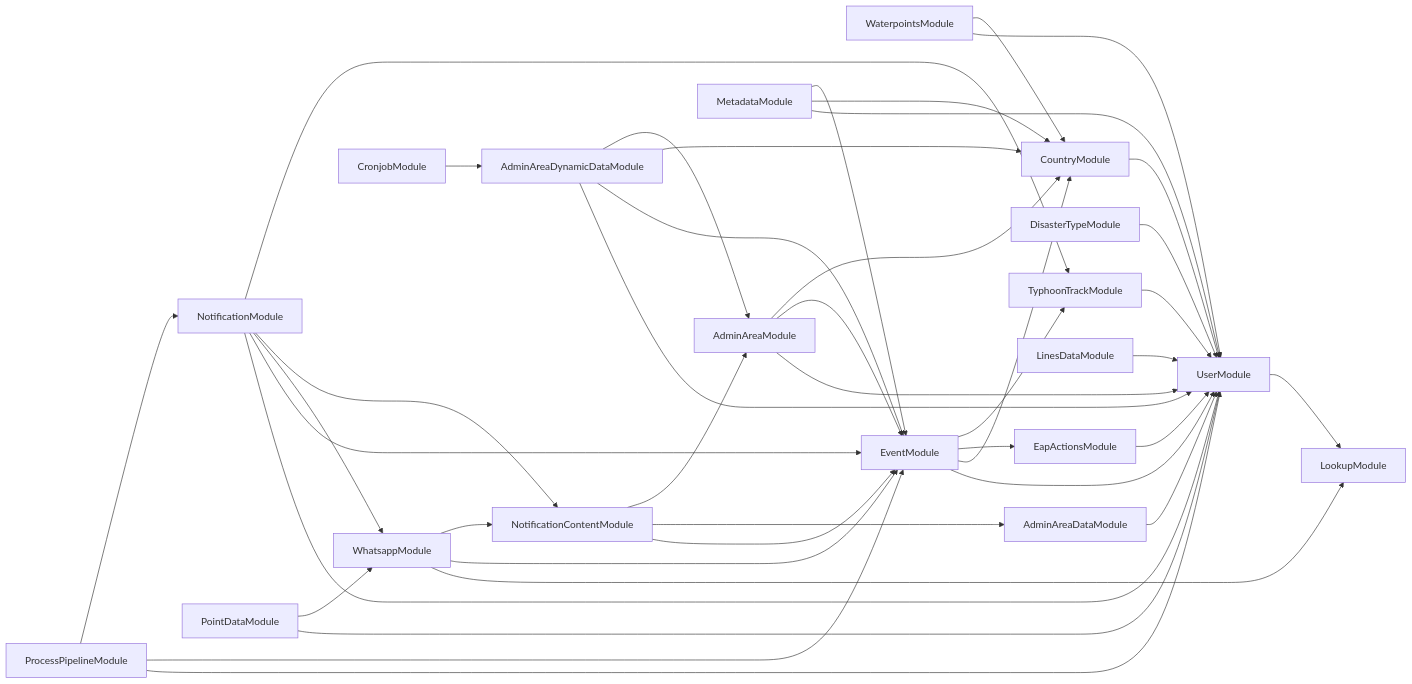
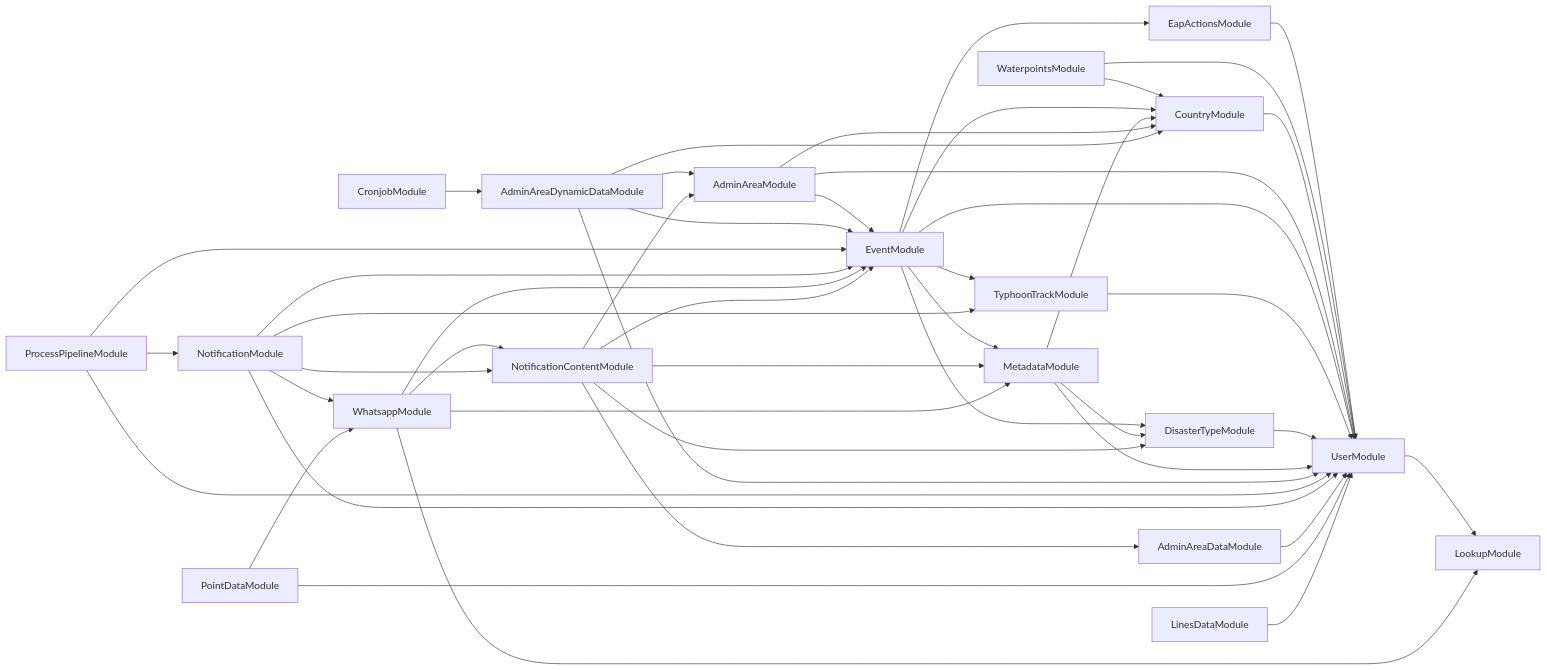
Before and after one commit to rodekruis/IBF-system: the diagram in services/API-service/module-dependencies.md, drawn with Mermaid. The commit also changed 10 other files, not shown here.

````diff
--- a/services/API-service/module-dependencies.md
+++ b/services/API-service/module-dependencies.md
@@ -3,43 +3,48 @@
 ```mermaid
 graph LR
   EapActionsModule-->UserModule
   UserModule-->LookupModule
   WaterpointsModule-->UserModule
   WaterpointsModule-->CountryModule
   CountryModule-->UserModule
   AdminAreaModule-->UserModule
   AdminAreaModule-->EventModule
   EventModule-->UserModule
   EventModule-->CountryModule
   EventModule-->EapActionsModule
   EventModule-->TyphoonTrackModule
   TyphoonTrackModule-->UserModule
+  EventModule-->DisasterTypeModule
+  DisasterTypeModule-->UserModule
+  EventModule-->MetadataModule
+  MetadataModule-->UserModule
+  MetadataModule-->CountryModule
+  MetadataModule-->DisasterTypeModule
   AdminAreaModule-->CountryModule
   AdminAreaDynamicDataModule-->UserModule
   AdminAreaDynamicDataModule-->EventModule
   AdminAreaDynamicDataModule-->CountryModule
   AdminAreaDynamicDataModule-->AdminAreaModule
-  DisasterTypeModule-->UserModule
   ProcessPipelineModule-->UserModule
   ProcessPipelineModule-->EventModule
   ProcessPipelineModule-->NotificationModule
   NotificationModule-->UserModule
   NotificationModule-->EventModule
   NotificationModule-->WhatsappModule
   WhatsappModule-->LookupModule
   WhatsappModule-->EventModule
   WhatsappModule-->NotificationContentModule
   NotificationContentModule-->EventModule
   NotificationContentModule-->AdminAreaDataModule
   AdminAreaDataModule-->UserModule
   NotificationContentModule-->AdminAreaModule
+  NotificationContentModule-->DisasterTypeModule
+  NotificationContentModule-->MetadataModule
+  WhatsappModule-->MetadataModule
   NotificationModule-->NotificationContentModule
   NotificationModule-->TyphoonTrackModule
-  MetadataModule-->UserModule
-  MetadataModule-->CountryModule
-  MetadataModule-->EventModule
   PointDataModule-->UserModule
   PointDataModule-->WhatsappModule
   LinesDataModule-->UserModule
   CronjobModule-->AdminAreaDynamicDataModule
 ```
````
